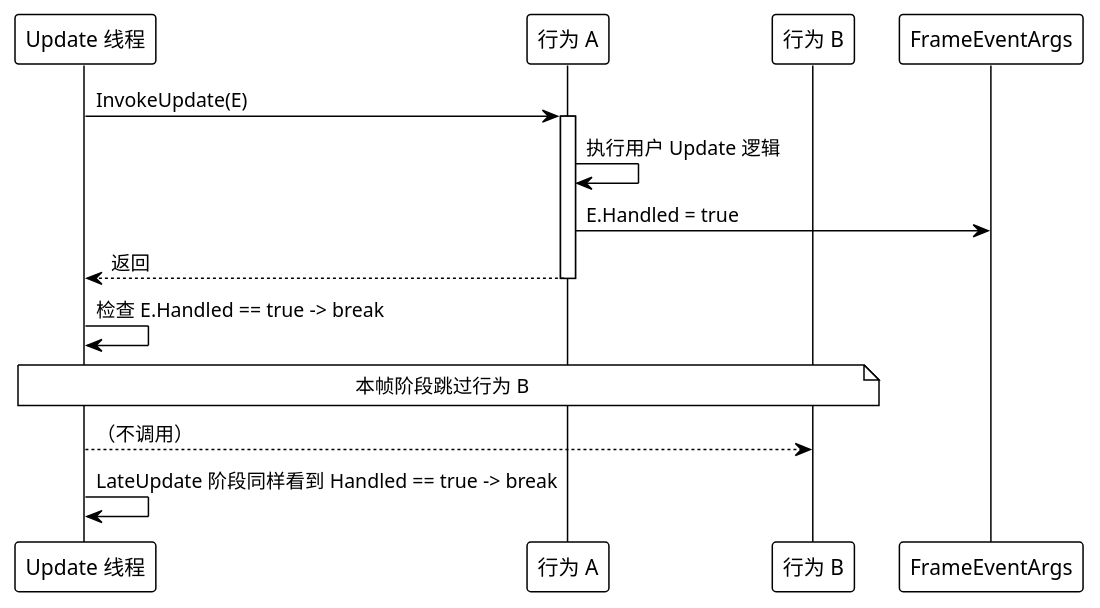
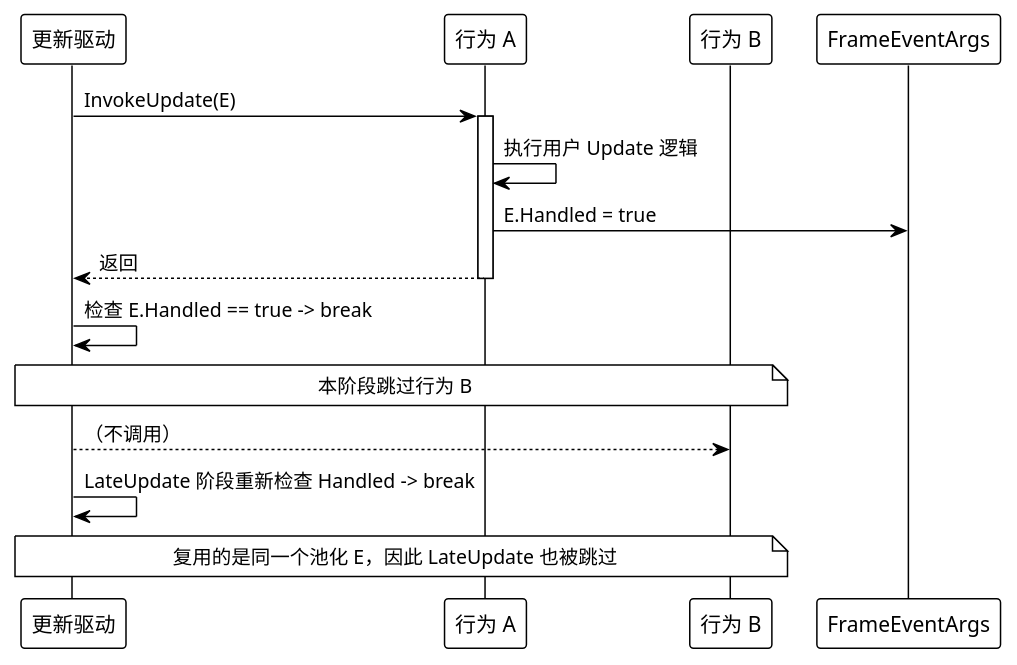
Before and after one commit to Axvser/VeloxDev.Docs: the third of 6 diagrams in src/CloudGlyph/Assets/Docs/content/zh/3_SE分析/03_数据流分析/06_MonoBehaviour/index.md, drawn with PlantUML. The commit also changed other lines of this file and 443 other files, not shown here.

````diff
--- a/src/CloudGlyph/Assets/Docs/content/zh/3_SE分析/03_数据流分析/06_MonoBehaviour/index.md
+++ b/src/CloudGlyph/Assets/Docs/content/zh/3_SE分析/03_数据流分析/06_MonoBehaviour/index.md
@@ -112,23 +128,24 @@
 ```plantuml
 @startuml
 !theme plain
 
-participant "Update 线程" as U
+participant "更新驱动" as U
 participant "行为 A" as A
 participant "行为 B" as B
 participant "FrameEventArgs" as E
 
 U -> A: InvokeUpdate(E)
 activate A
 A -> A: 执行用户 Update 逻辑
 A -> E: E.Handled = true
 A --> U: 返回
 deactivate A
 
 U -> U: 检查 E.Handled == true -> break
-note over U,B: 本帧阶段跳过行为 B
+note over U,B: 本阶段跳过行为 B
 U --> B: （不调用）
 
-U -> U: LateUpdate 阶段同样看到 Handled == true -> break
+U -> U: LateUpdate 阶段重新检查 Handled -> break
+note over U,B: 复用的是同一个池化 E，因此 LateUpdate 也被跳过
 @enduml
 ```
````
